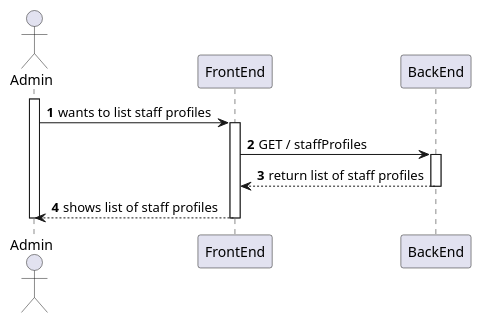
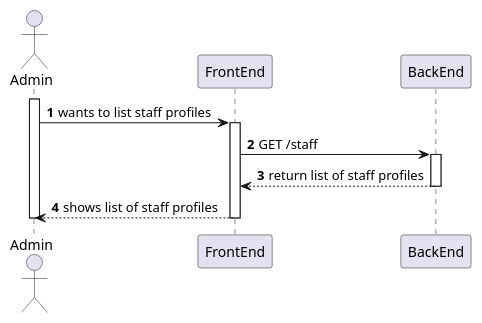
Before and after one commit to MiguelCardoso77/SurgicalSync-BackEnd: the diagram in docs/SprintA/25-list-staff-profiles/level2/process-view.puml, drawn with PlantUML. The commit also changed 10 other files, not shown here.

```diff
--- a/docs/SprintA/25-list-staff-profiles/level2/process-view.puml
+++ b/docs/SprintA/25-list-staff-profiles/level2/process-view.puml
@@ -1,27 +1,27 @@
 @startuml
 autonumber
 
 actor "Admin" as USER
 
 participant "FrontEnd" as FE
 participant "BackEnd" as BE
 
 activate USER
 
     USER -> FE : wants to list staff profiles
     activate FE
     
-    FE -> BE : GET / staffProfiles
+    FE -> BE : GET /staff
     activate BE
     
     BE --> FE : return list of staff profiles 
     deactivate BE
     
     FE --> USER : shows list of staff profiles 
     deactivate FE
 
     
  
 deactivate USER
 
 @enduml
```
